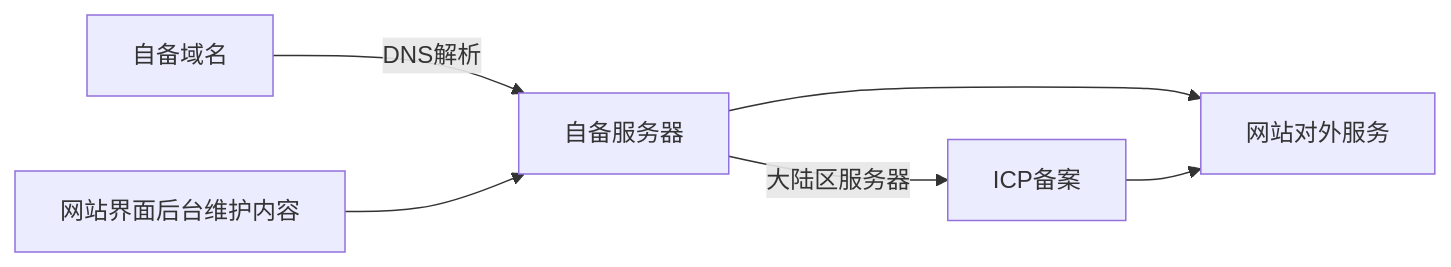
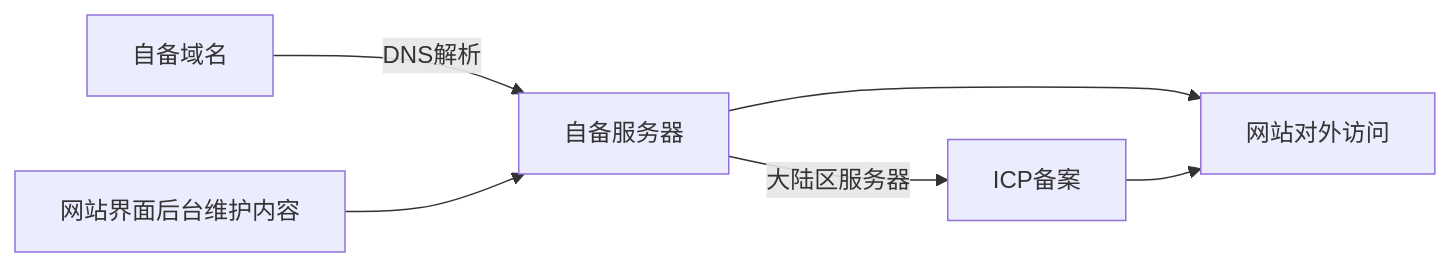
The second of 4 diagrams in source/_posts/guide/how-to-build-site-2.md (828767/action-hexo), drawn with Mermaid before and after one commit. The commit also changed other lines of this file and 11 other files, not shown here.

````diff
--- a/source/_posts/guide/how-to-build-site-2.md
+++ b/source/_posts/guide/how-to-build-site-2.md
@@ -28,5 +28,5 @@
 ```mermaid
  flowchart LR;
-   自备域名 -- DNS解析 --> 自备服务器 --> 网站对外服务
-   网站界面后台维护内容 --> 自备服务器 -- 大陆区服务器 --> ICP备案 --> 网站对外服务
+   自备域名 -- DNS解析 --> 自备服务器 --> 网站对外访问
+   网站界面后台维护内容 --> 自备服务器 -- 大陆区服务器 --> ICP备案 --> 网站对外访问
 ```
````
